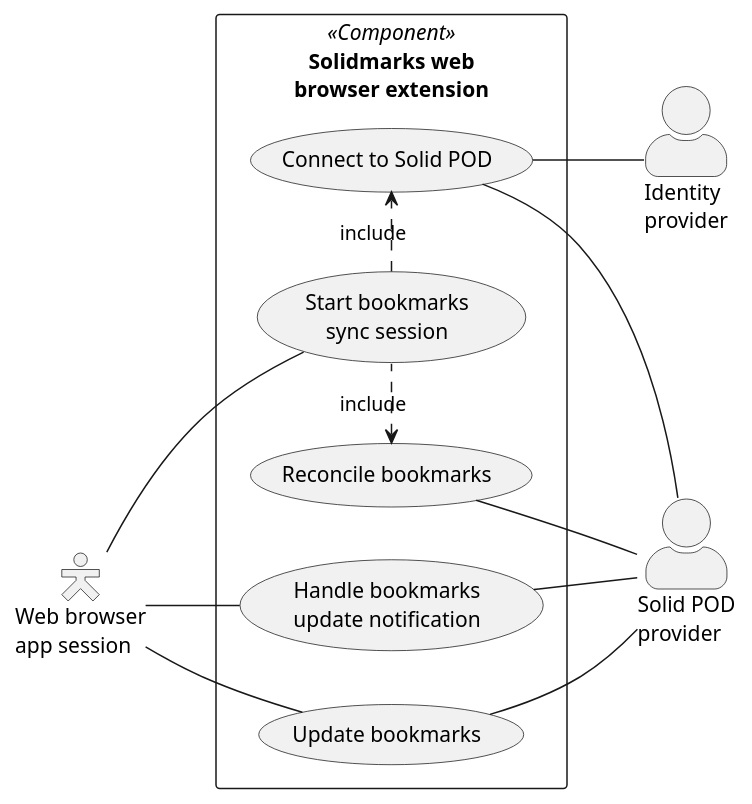
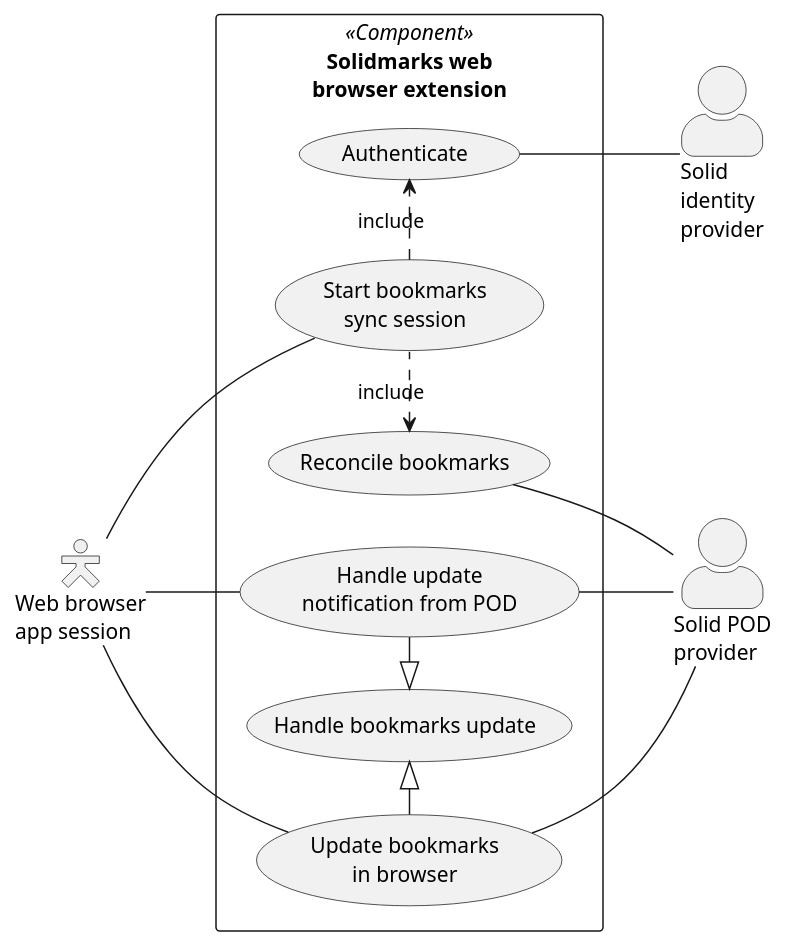
Before and after one commit to NeiRo21/solidmarks: the diagram in docs/diagrams/use_cases.plantuml, drawn with PlantUML. The commit also changed 1 other file, not shown here.

```diff
--- a/docs/diagrams/use_cases.plantuml
+++ b/docs/diagrams/use_cases.plantuml
@@ -1,25 +1,27 @@
 @startuml Use Cases
 left to right direction
 skinparam actorStyle Hollow 
 actor "Web browser\napp session" as browserSession
 rectangle "Solidmarks web\nbrowser extension" <<Component>> {
     usecase "Start bookmarks\nsync session" as startSession
-    usecase "Connect to Solid POD" as connectToPOD
-    usecase "Handle bookmarks\nupdate notification" as receiveNotification
+    usecase "Authenticate" as authenticate
     usecase "Reconcile bookmarks" as reconcileBookmarks
-    usecase "Update bookmarks" as updateBookmarks
+    usecase "Handle bookmarks update" as handleUpdate
+    usecase "Handle update\nnotification from POD" as handleNotification
+    usecase "Update bookmarks\nin browser" as updateInBrowser
 }
 skinparam actorStyle awesome
-actor "Identity\nprovider" as identityProvider
+actor "Solid\nidentity\nprovider" as identityProvider
 actor "Solid POD\nprovider" as podProvider
 browserSession -- startSession
-startSession .right.> connectToPOD : include
+startSession .right.> authenticate : include
 startSession .left.> reconcileBookmarks : include
-connectToPOD -- podProvider
-connectToPOD -- identityProvider
+authenticate -- identityProvider
 reconcileBookmarks -- podProvider
-browserSession -- receiveNotification
-receiveNotification -- podProvider
-browserSession -- updateBookmarks
-updateBookmarks -- podProvider
+browserSession -- handleNotification
+browserSession -- updateInBrowser
+handleNotification -left-|> handleUpdate
+updateInBrowser -right-|> handleUpdate
+handleNotification -- podProvider
+updateInBrowser -- podProvider
 @enduml
```
